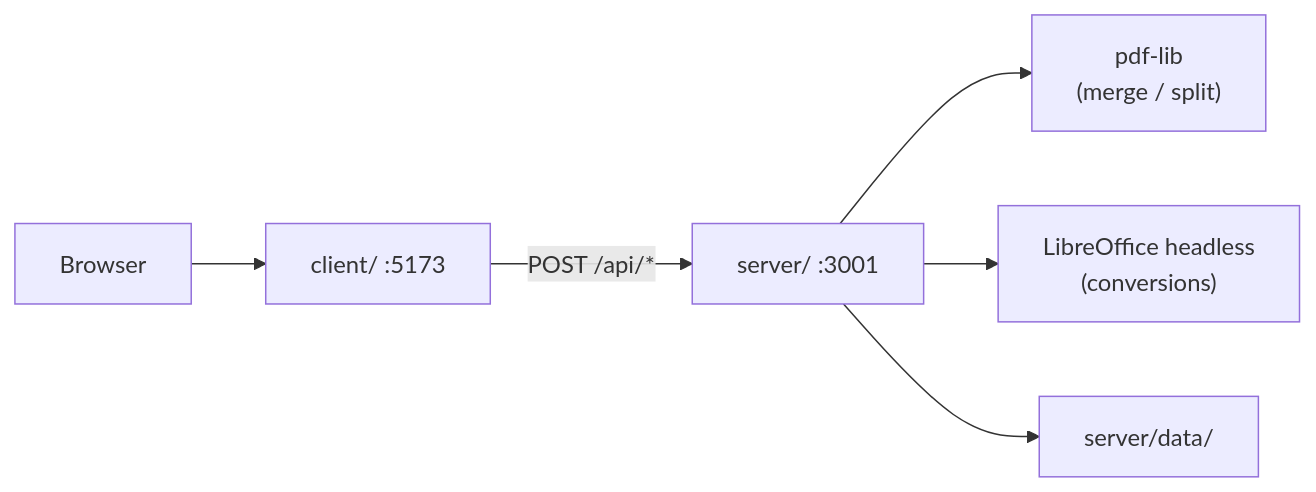
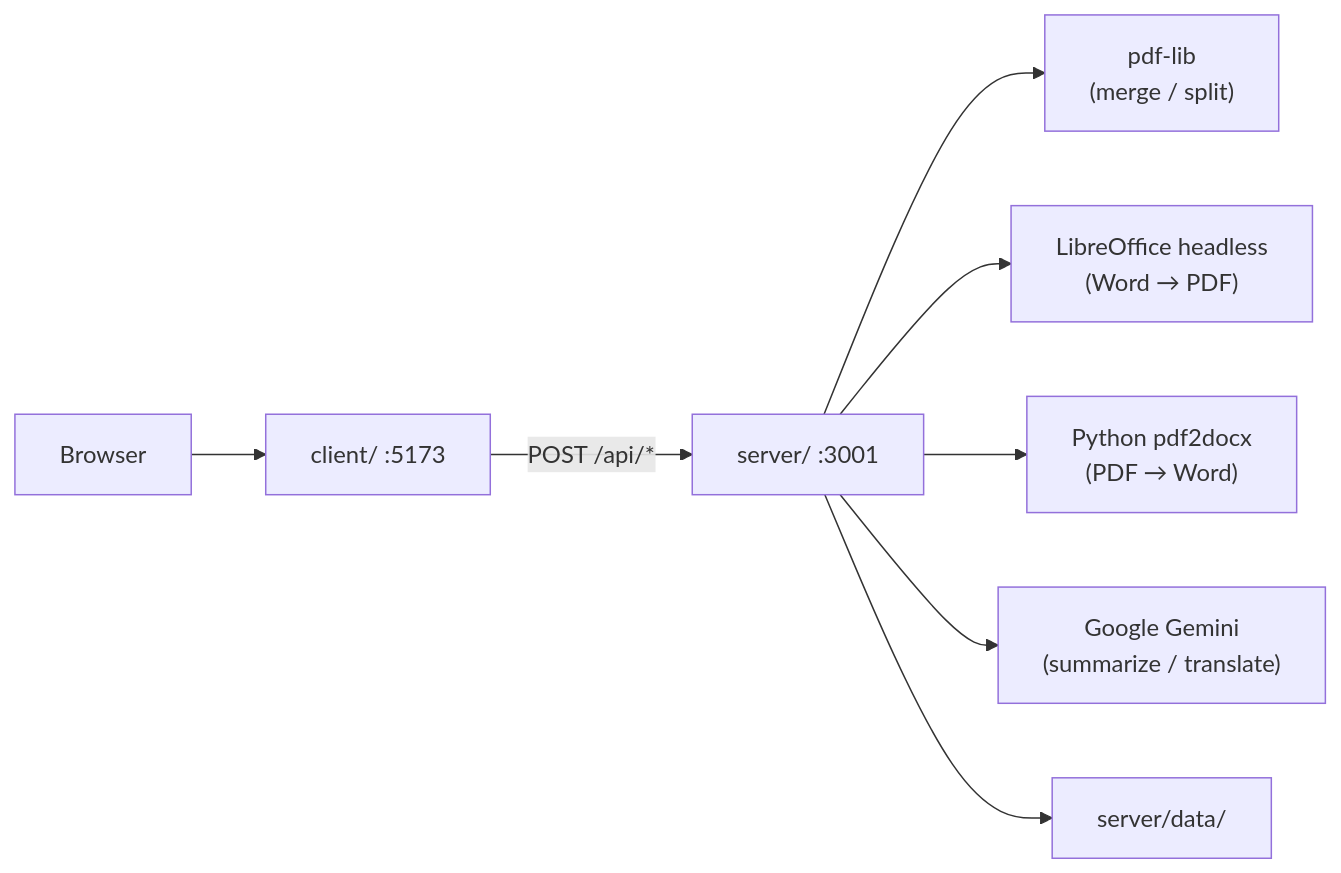
The diagram in README.md (gonzaloeheredia/iLoveLh), drawn with Mermaid before and after one commit. The commit also changed other lines of this file and 49 other files, not shown here.

First line of the commit message:
Agregar resumir y traducir PDF con Gemini, landing de login y mejoras de conversion.

````diff
--- a/README.md
+++ b/README.md
@@ -38,8 +57,10 @@
 ```mermaid
 flowchart LR
   Browser["Browser"] --> Client["client/ :5173"]
   Client -->|"POST /api/*"| Server["server/ :3001"]
   Server --> PdfLib["pdf-lib\n(merge / split)"]
-  Server --> LibreOffice["LibreOffice headless\n(conversions)"]
+  Server --> LibreOffice["LibreOffice headless\n(Word → PDF)"]
+  Server --> Pdf2Docx["Python pdf2docx\n(PDF → Word)"]
+  Server --> Gemini["Google Gemini\n(summarize / translate)"]
   Server --> Data["server/data/"]
 ```
````
